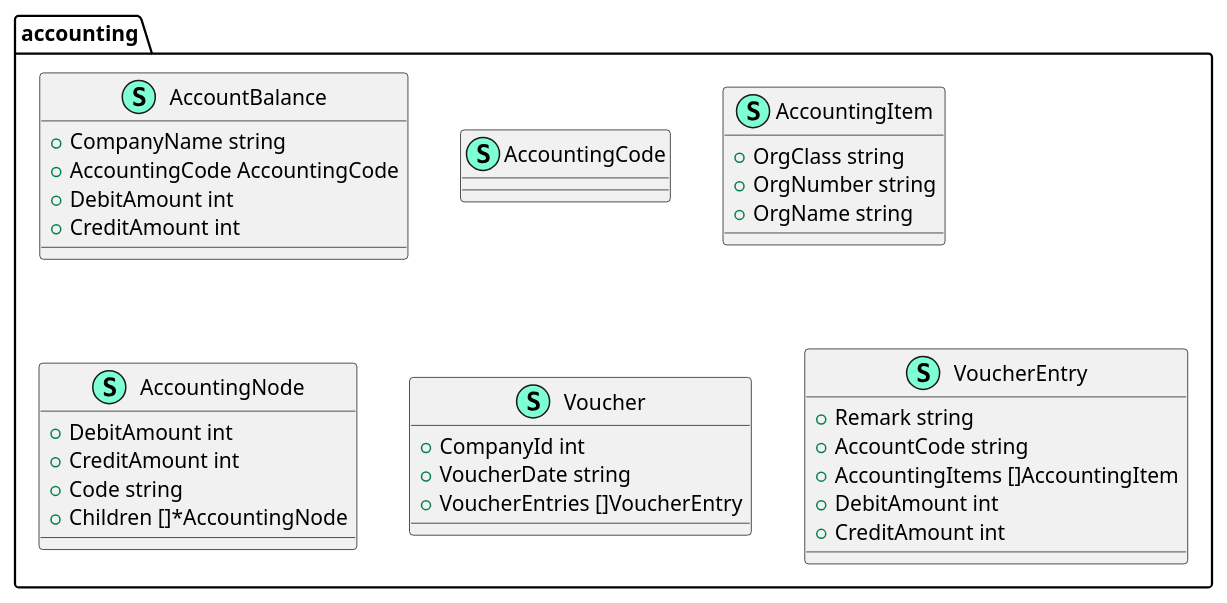
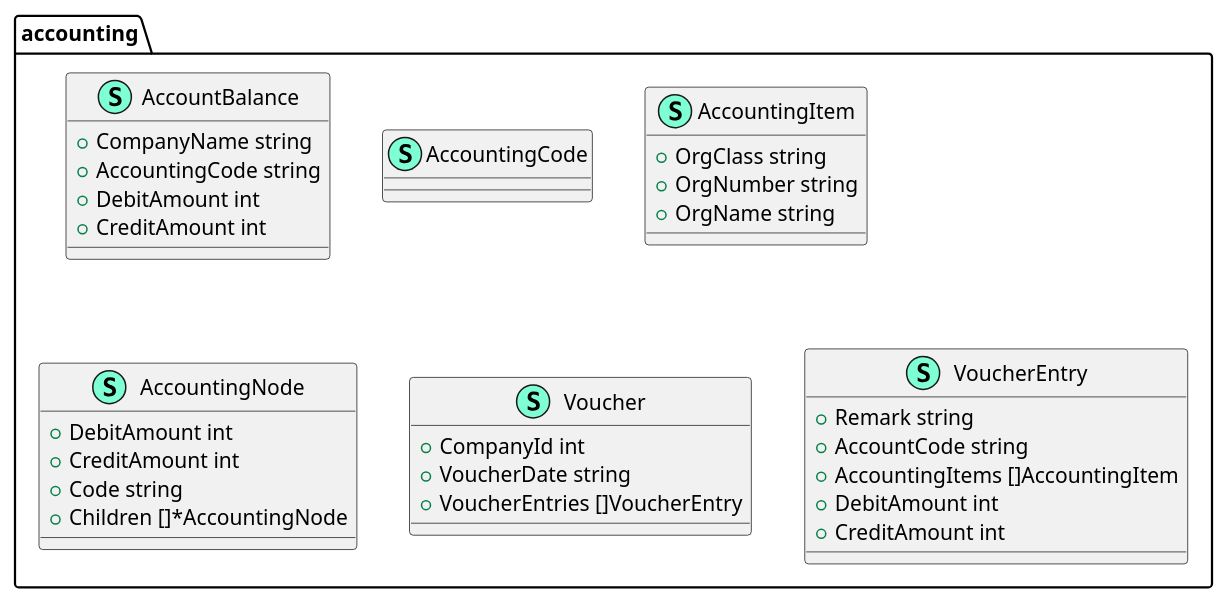
One commit to Neekity/accounting changed the diagram in voucher_uml.puml. Above: the diagram before and after it, drawn with PlantUML.

Commit message:
modify voucher_uml

```diff
--- a/voucher_uml.puml
+++ b/voucher_uml.puml
@@ -1,42 +1,42 @@
 @startuml
 namespace accounting {
     class AccountBalance << (S,Aquamarine) >> {
         + CompanyName string
-        + AccountingCode AccountingCode
+        + AccountingCode string
         + DebitAmount int
         + CreditAmount int
 
     }
     class AccountingCode << (S,Aquamarine) >> {
     }
     class AccountingItem << (S,Aquamarine) >> {
         + OrgClass string
         + OrgNumber string
         + OrgName string
 
     }
     class AccountingNode << (S,Aquamarine) >> {
         + DebitAmount int
         + CreditAmount int
         + Code string
         + Children []*AccountingNode
 
     }
     class Voucher << (S,Aquamarine) >> {
         + CompanyId int
         + VoucherDate string
         + VoucherEntries []VoucherEntry
 
     }
     class VoucherEntry << (S,Aquamarine) >> {
         + Remark string
         + AccountCode string
         + AccountingItems []AccountingItem
         + DebitAmount int
         + CreditAmount int
 
     }
 }
 
 
 @enduml
```
